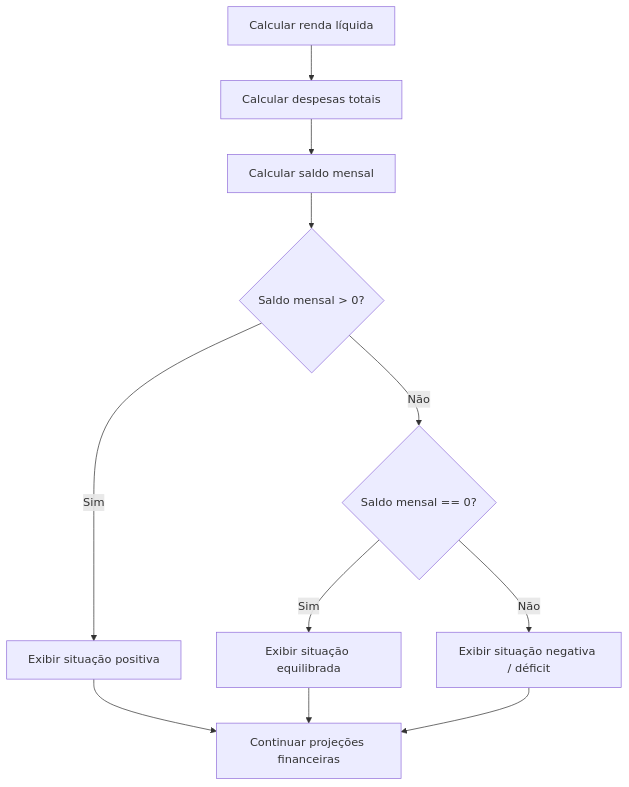
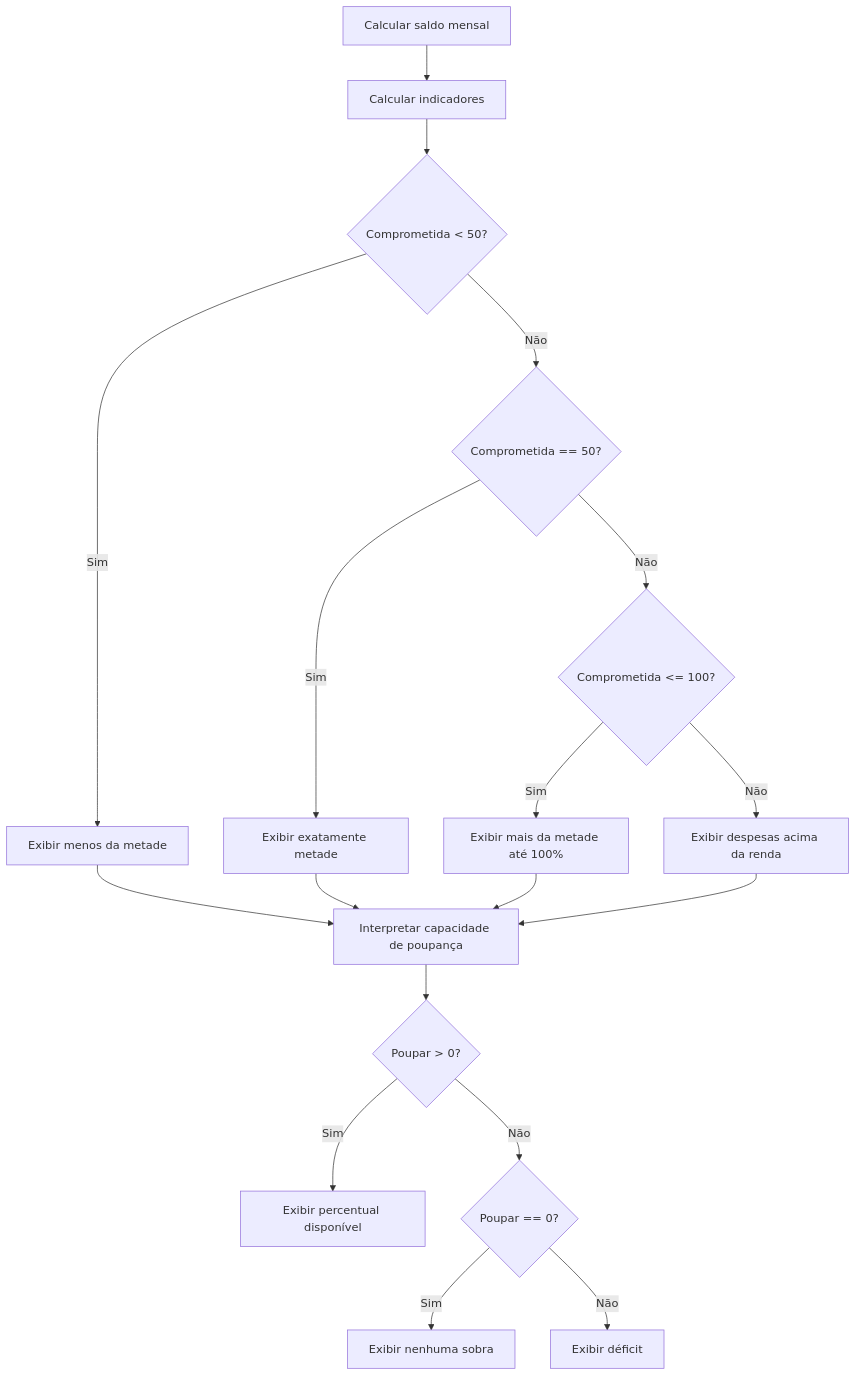
One commit to Rafael-Silva-1/projeto01-Sistema-Financeiro changed the diagram in docs/03-fluxograma.md. Above: the diagram before and after it, drawn with Mermaid. The commit also changed other lines of this file and 8 other files, not shown here.

````diff
--- a/docs/03-fluxograma.md
+++ b/docs/03-fluxograma.md
@@ -5,13 +5,20 @@
 ```mermaid
 flowchart TD
-    A[Calcular renda líquida] --> B[Calcular despesas totais]
-    B --> C[Calcular saldo mensal]
-    C --> D{Saldo mensal > 0?}
-    D -- Sim --> E[Exibir situação positiva]
-    D -- Não --> F{Saldo mensal == 0?}
-    F -- Sim --> G[Exibir situação equilibrada]
-    F -- Não --> H[Exibir situação negativa / déficit]
-    E --> I[Continuar projeções financeiras]
-    G --> I
-    H --> I
+    A[Calcular saldo mensal] --> B[Calcular indicadores]
+    B --> C{Comprometida < 50?}
+    C -- Sim --> D[Exibir menos da metade]
+    C -- Não --> E{Comprometida == 50?}
+    E -- Sim --> F[Exibir exatamente metade]
+    E -- Não --> G{Comprometida <= 100?}
+    G -- Sim --> H[Exibir mais da metade até 100%]
+    G -- Não --> I[Exibir despesas acima da renda]
+    D --> J[Interpretar capacidade de poupança]
+    F --> J
+    H --> J
+    I --> J
+    J --> K{Poupar > 0?}
+    K -- Sim --> L[Exibir percentual disponível]
+    K -- Não --> M{Poupar == 0?}
+    M -- Sim --> N[Exibir nenhuma sobra]
+    M -- Não --> O[Exibir déficit]
 ```
````
